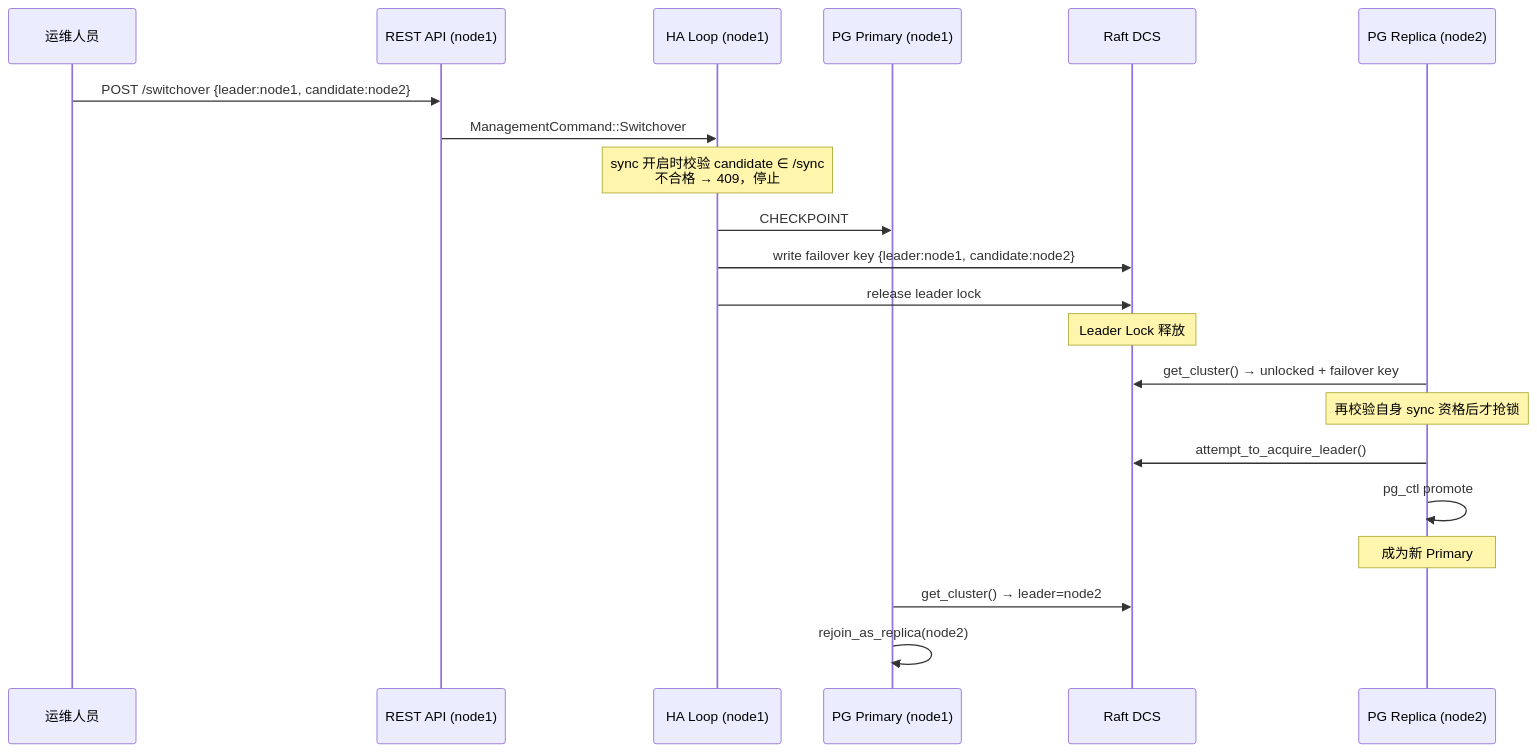
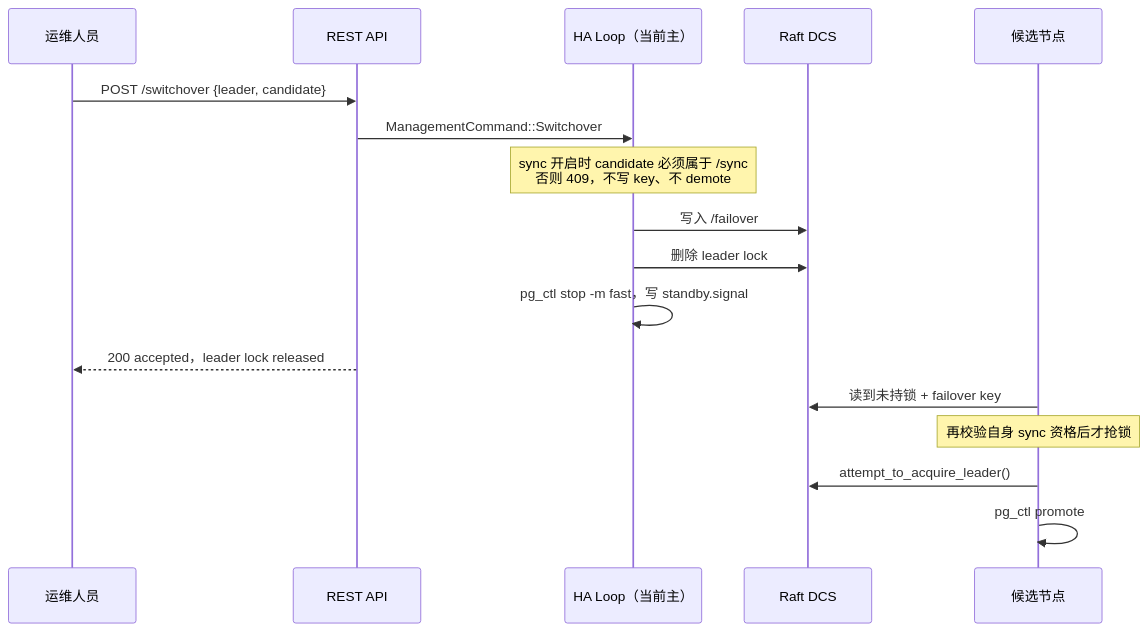
Before and after one commit to seraphico/pg-ha: the first of 2 diagrams in docs/operations-guide.md, drawn with Mermaid. The commit also changed other lines of this file and 4 other files, not shown here.

````diff
--- a/docs/operations-guide.md
+++ b/docs/operations-guide.md
@@ -173,24 +192,20 @@
 ```mermaid
 sequenceDiagram
     participant Admin as 运维人员
-    participant API as REST API (node1)
-    participant HA as HA Loop (node1)
-    participant PG1 as PG Primary (node1)
+    participant API as REST API
+    participant HA as HA Loop（当前主）
     participant DCS as Raft DCS
-    participant PG2 as PG Replica (node2)
+    participant New as 候选节点
 
-    Admin->>API: POST /switchover {leader:node1, candidate:node2}
+    Admin->>API: POST /switchover {leader, candidate}
     API->>HA: ManagementCommand::Switchover
-    Note over HA: sync 开启时校验 candidate ∈ /sync<br/>不合格 → 409，停止
-    HA->>PG1: CHECKPOINT
-    HA->>DCS: write failover key {leader:node1, candidate:node2}
-    HA->>DCS: release leader lock
-    Note over DCS: Leader Lock 释放
-    PG2->>DCS: get_cluster() → unlocked + failover key
-    Note over PG2: 再校验自身 sync 资格后才抢锁
-    PG2->>DCS: attempt_to_acquire_leader()
-    PG2->>PG2: pg_ctl promote
-    Note over PG2: 成为新 Primary
-    PG1->>DCS: get_cluster() → leader=node2
-    PG1->>PG1: rejoin_as_replica(node2)
+    Note over HA: sync 开启时 candidate 必须属于 /sync<br/>否则 409，不写 key、不 demote
+    HA->>DCS: 写入 /failover
+    HA->>DCS: 删除 leader lock
+    HA->>HA: pg_ctl stop -m fast，写 standby.signal
+    API-->>Admin: 200 accepted，leader lock released
+    New->>DCS: 读到未持锁 + failover key
+    Note over New: 再校验自身 sync 资格后才抢锁
+    New->>DCS: attempt_to_acquire_leader()
+    New->>New: pg_ctl promote
 ```
````
